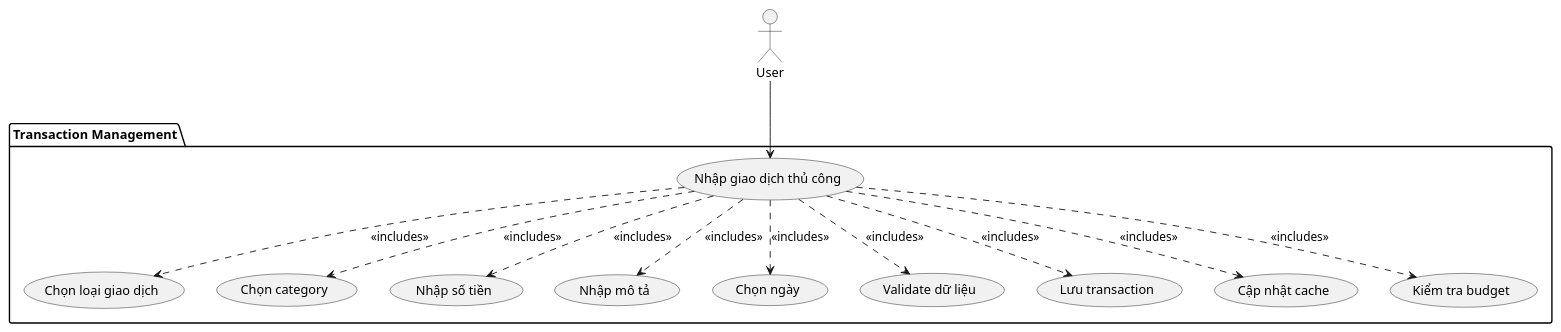
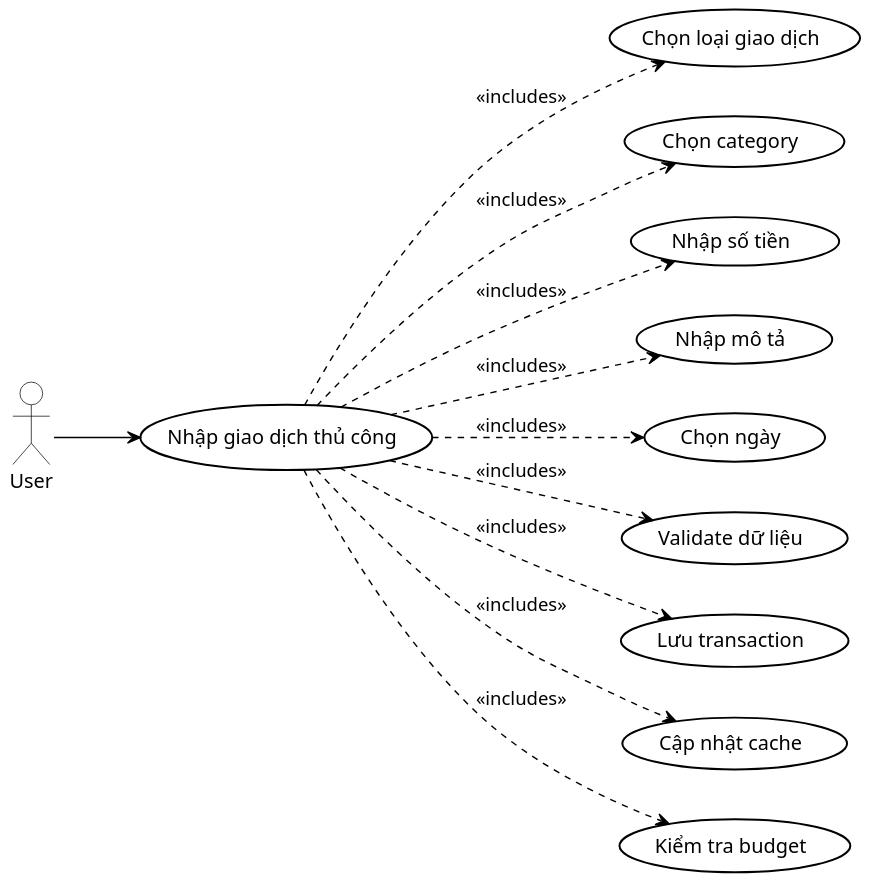
The diagram in uml-diagrams/UC_003_ManualTransaction.puml (quanbin27/TabiMoney), drawn with PlantUML before and after one commit. The commit also changed 108 other files, not shown here.

Commit message:
docs: update diagram images

```diff
--- a/uml-diagrams/UC_003_ManualTransaction.puml
+++ b/uml-diagrams/UC_003_ManualTransaction.puml
@@ -1,28 +1,54 @@
 @startuml UC_003_ManualTransaction
+
+skinparam usecase {
+    BackgroundColor #FFFFFF
+    BorderColor #000000
+    ArrowColor #000000
+    BorderThickness 1.4
+    FontColor #000000
+    FontSize 14
+}
+
+skinparam actor {
+    BackgroundColor #FFFFFF
+    BorderColor #000000
+    FontColor #000000
+    FontSize 14
+}
+
+skinparam package {
+    BorderColor #000000
+    FontColor #000000
+}
+
+skinparam shadowing false
+skinparam dpi 150
+
+' Layout ngang
+left to right direction
+
 actor User
 
-package "Transaction Management" {
-    usecase "Nhập giao dịch thủ công" as UC_ManualTransaction
-    usecase "Chọn loại giao dịch" as UC_SelectType
-    usecase "Chọn category" as UC_SelectCategory
-    usecase "Nhập số tiền" as UC_EnterAmount
-    usecase "Nhập mô tả" as UC_EnterDescription
-    usecase "Chọn ngày" as UC_SelectDate
-    usecase "Validate dữ liệu" as UC_Validate
-    usecase "Lưu transaction" as UC_SaveTransaction
-    usecase "Cập nhật cache" as UC_UpdateCache
-    usecase "Kiểm tra budget" as UC_CheckBudget
-}
+usecase "Nhập giao dịch thủ công" as UC_ManualTransaction
+usecase "Chọn loại giao dịch" as UC_SelectType
+usecase "Chọn category" as UC_SelectCategory
+usecase "Nhập số tiền" as UC_EnterAmount
+usecase "Nhập mô tả" as UC_EnterDescription
+usecase "Chọn ngày" as UC_SelectDate
+usecase "Validate dữ liệu" as UC_Validate
+usecase "Lưu transaction" as UC_SaveTransaction
+usecase "Cập nhật cache" as UC_UpdateCache
+usecase "Kiểm tra budget" as UC_CheckBudget
 
 User --> UC_ManualTransaction
 UC_ManualTransaction ..> UC_SelectType : <<includes>>
 UC_ManualTransaction ..> UC_SelectCategory : <<includes>>
 UC_ManualTransaction ..> UC_EnterAmount : <<includes>>
 UC_ManualTransaction ..> UC_EnterDescription : <<includes>>
 UC_ManualTransaction ..> UC_SelectDate : <<includes>>
 UC_ManualTransaction ..> UC_Validate : <<includes>>
 UC_ManualTransaction ..> UC_SaveTransaction : <<includes>>
 UC_ManualTransaction ..> UC_UpdateCache : <<includes>>
 UC_ManualTransaction ..> UC_CheckBudget : <<includes>>
 
 @enduml
```
